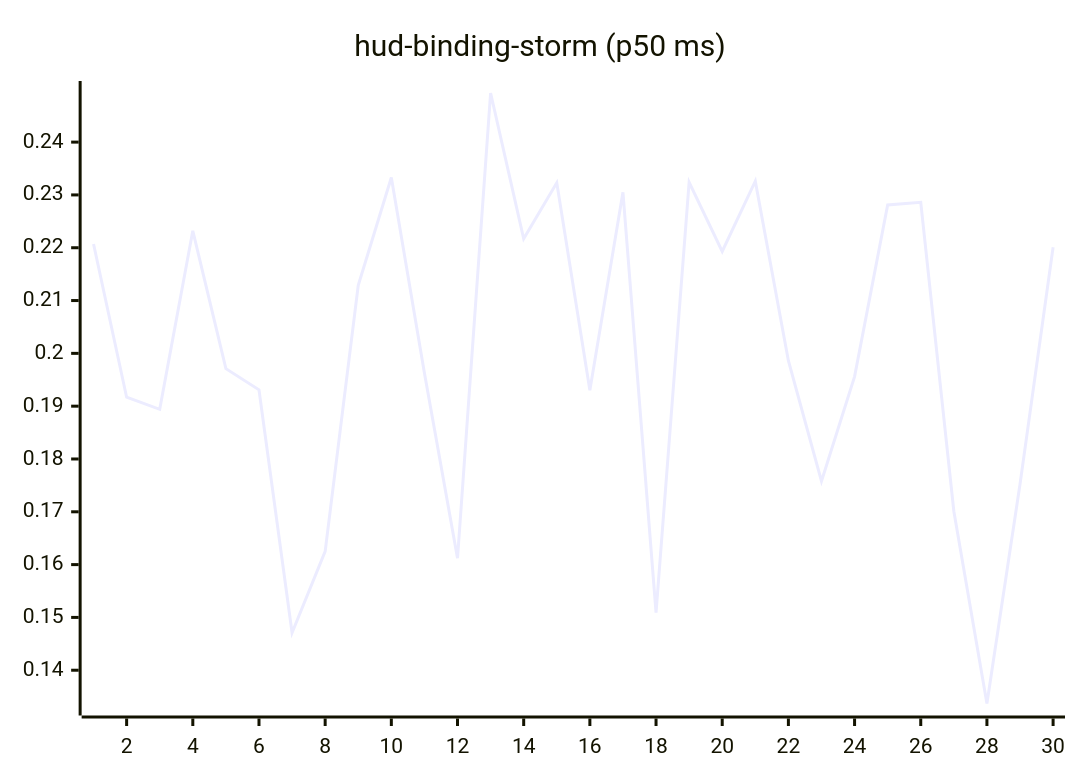
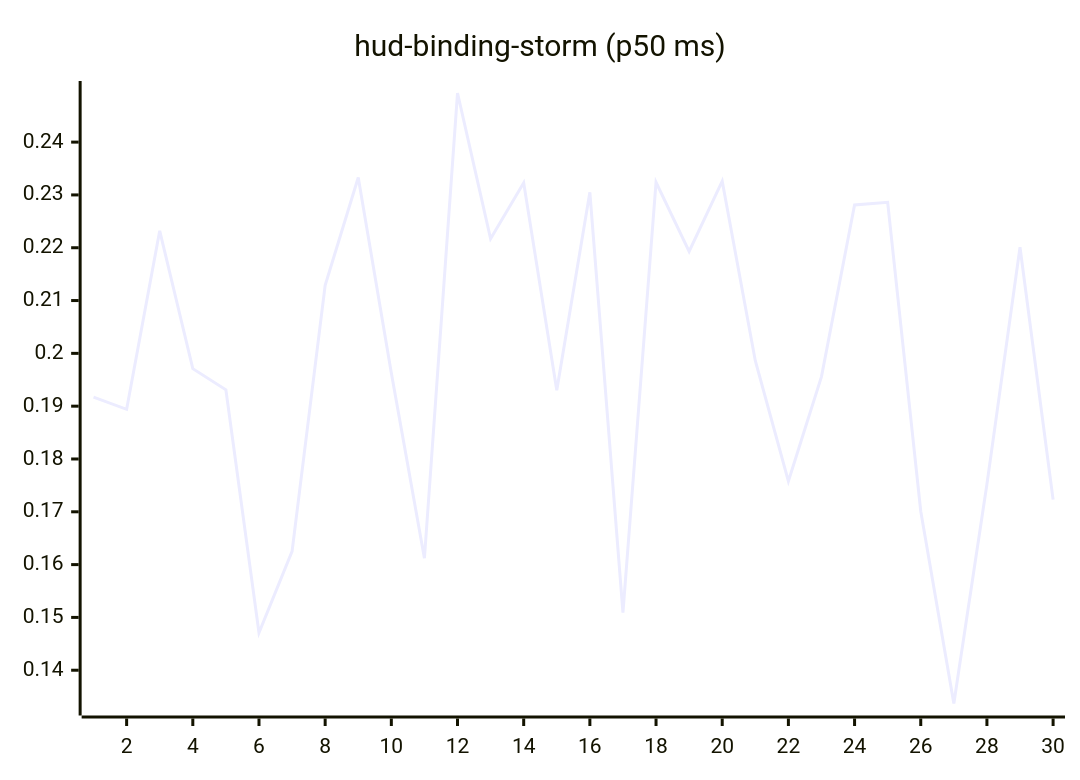
One commit to josha/Facet changed the tenth of 27 diagrams in README.md. Above: the diagram before and after it, drawn with Mermaid. The commit also changed other lines of this file and 2 other files, not shown here.

````diff
--- a/README.md
+++ b/README.md
@@ -126,6 +126,6 @@
 ```mermaid
 xychart-beta
     title "hud-binding-storm (p50 ms)"
     x-axis 1 --> 30
-    line [0.2207, 0.1917, 0.1894, 0.2232, 0.1971, 0.1931, 0.1471, 0.1625, 0.2129, 0.2333, 0.1963, 0.1612, 0.2493, 0.2217, 0.2323, 0.1930, 0.2305, 0.1509, 0.2324, 0.2193, 0.2326, 0.1986, 0.1758, 0.1956, 0.2281, 0.2286, 0.1701, 0.1337, 0.1752, 0.2201]
+    line [0.1917, 0.1894, 0.2232, 0.1971, 0.1931, 0.1471, 0.1625, 0.2129, 0.2333, 0.1963, 0.1612, 0.2493, 0.2217, 0.2323, 0.1930, 0.2305, 0.1509, 0.2324, 0.2193, 0.2326, 0.1986, 0.1758, 0.1956, 0.2281, 0.2286, 0.1701, 0.1337, 0.1752, 0.2201, 0.1723]
 ```
````
